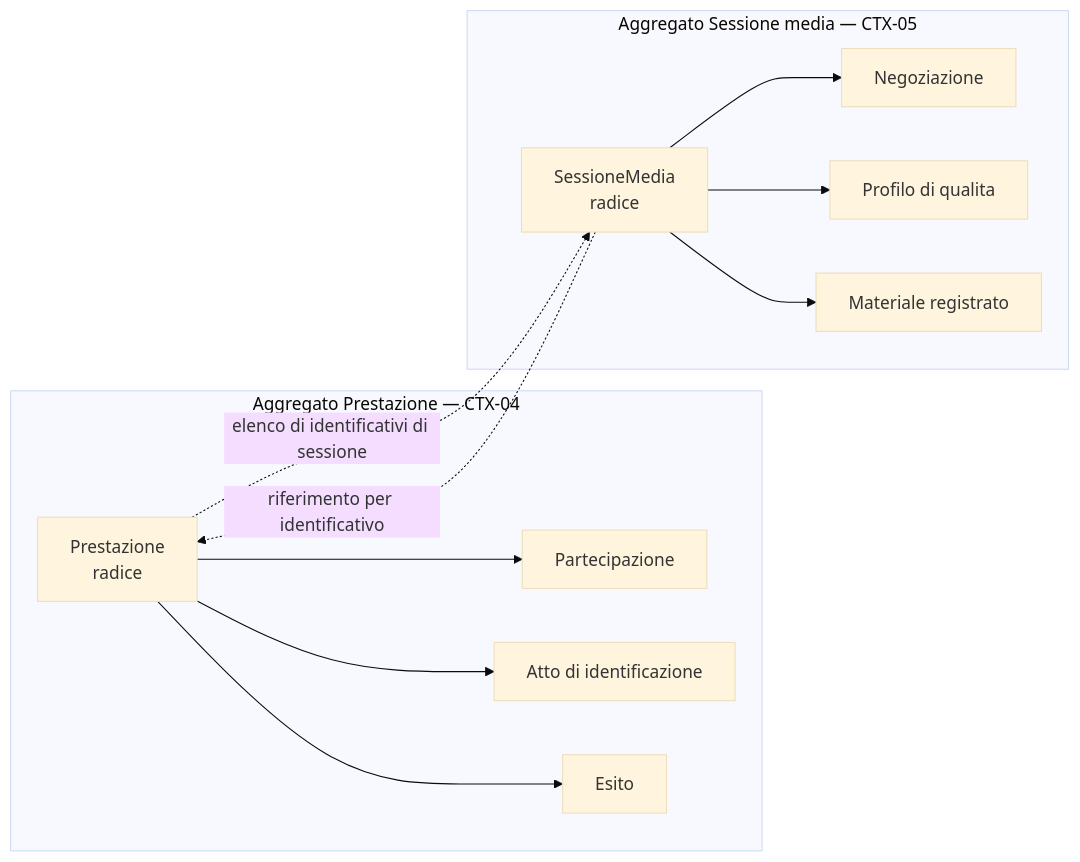
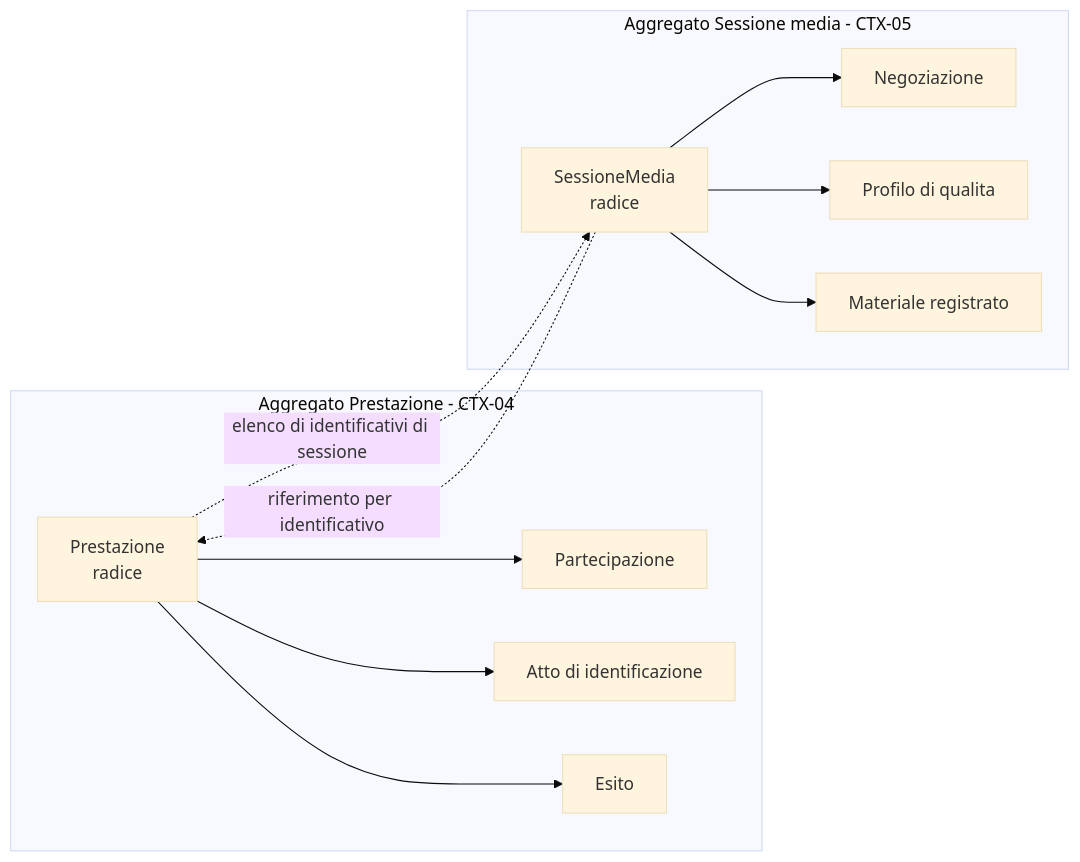
The first of 3 diagrams in docs/02_architecture/03-modello-di-dominio.md (fedcal/Telemedic), drawn with Mermaid (base theme) before and after one commit. The commit also changed other lines of this file and 301 other files, not shown here.

````diff
--- a/docs/02_architecture/03-modello-di-dominio.md
+++ b/docs/02_architecture/03-modello-di-dominio.md
@@ -114,25 +114,25 @@
 ```mermaid
 flowchart LR
-    subgraph A["Aggregato Prestazione — CTX-04"]
+    subgraph A["Aggregato Prestazione - CTX-04"]
         P["Prestazione<br/>radice"]
         PA["Partecipazione"]
         PI["Atto di identificazione"]
         PE["Esito"]
         P --> PA
         P --> PI
         P --> PE
     end
 
-    subgraph B["Aggregato Sessione media — CTX-05"]
+    subgraph B["Aggregato Sessione media - CTX-05"]
         S["SessioneMedia<br/>radice"]
         SN["Negoziazione"]
         SQ["Profilo di qualita"]
         SR["Materiale registrato"]
         S --> SN
         S --> SQ
         S --> SR
     end
 
     S -. "riferimento per identificativo" .-> P
     P -. "elenco di identificativi di sessione" .-> S
 ```
````
